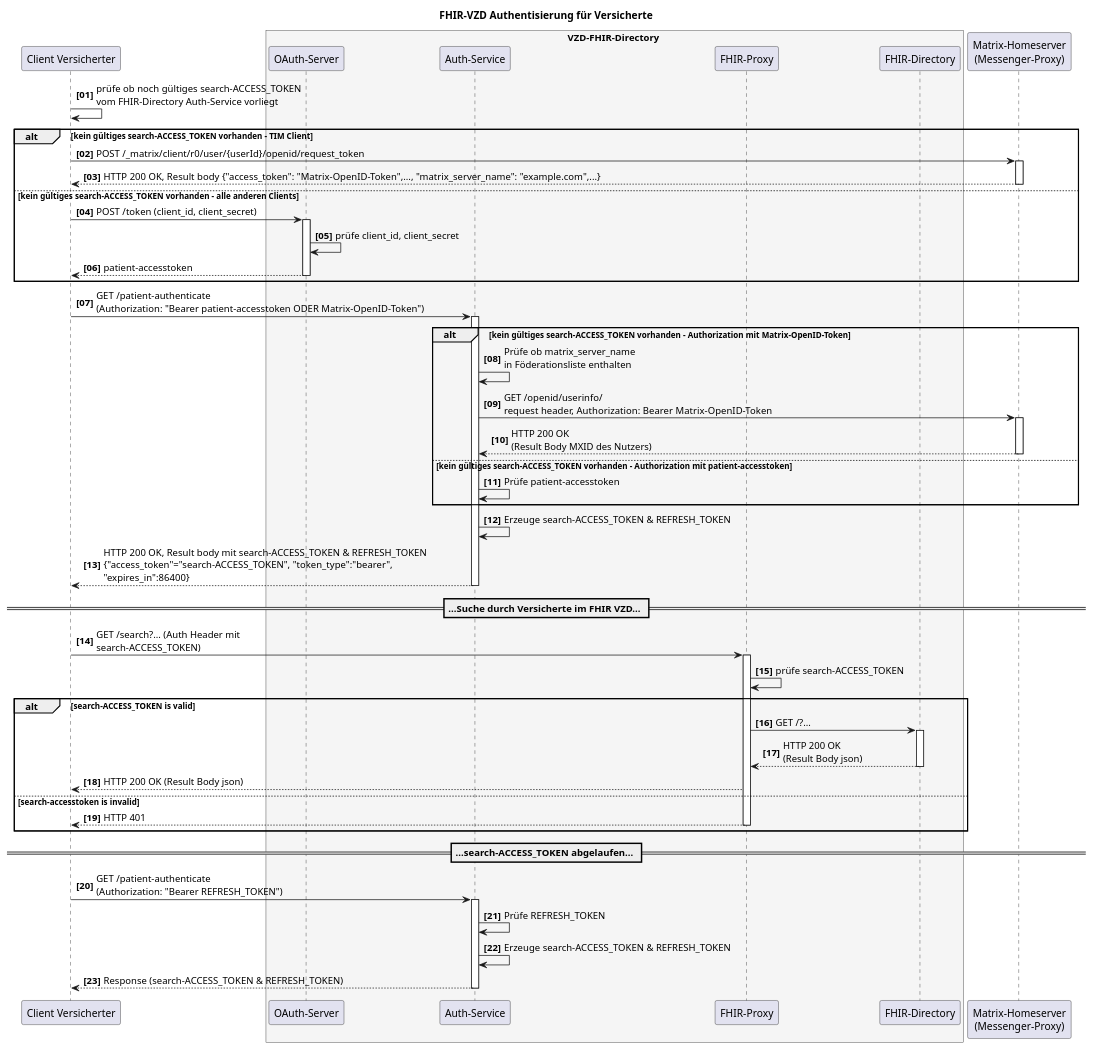
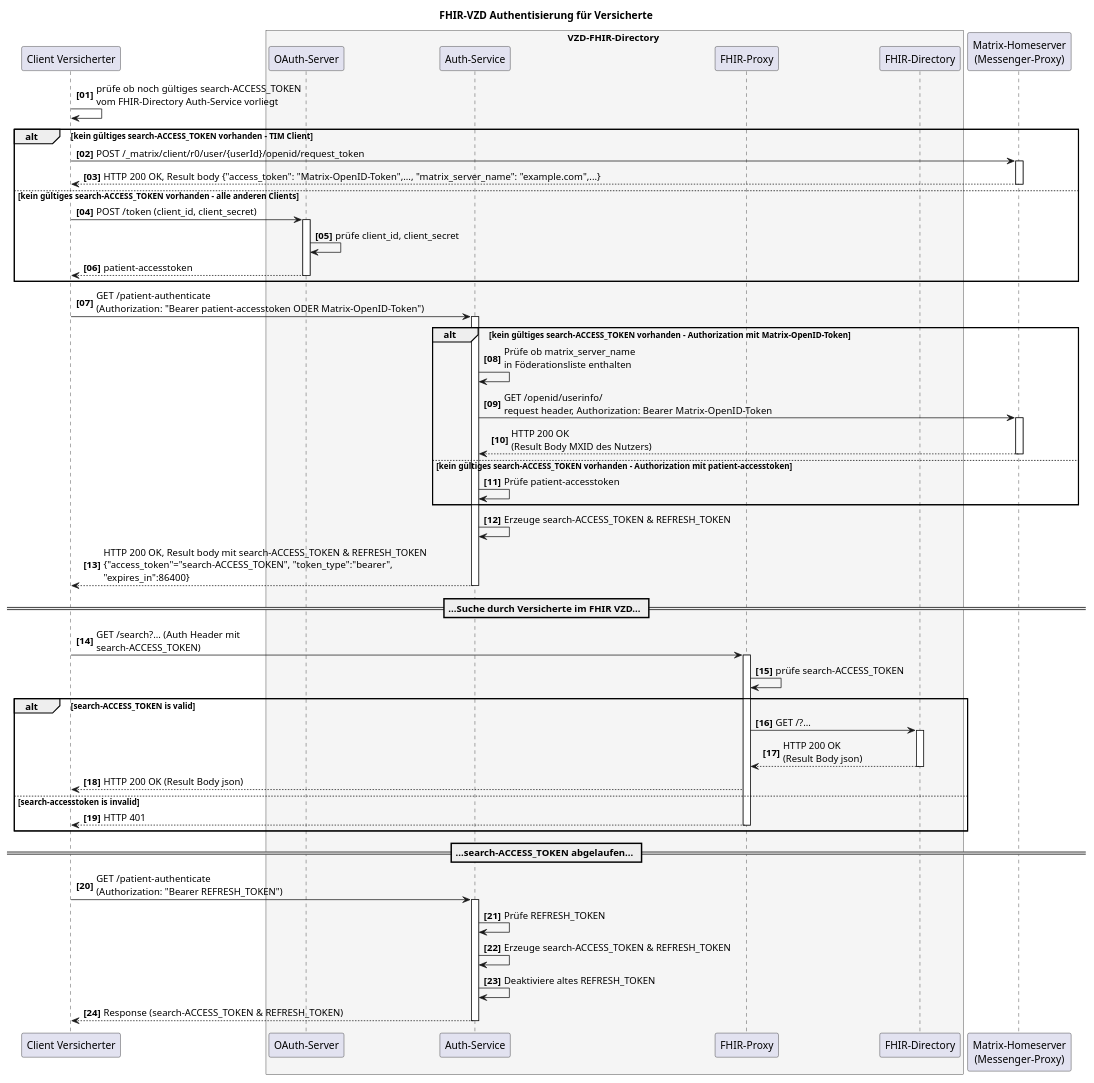
Before and after one commit to gematik/api-vzd: the diagram in src/plantuml/SequenceDiagram.FHIR-Directory.fdv.search.puml, drawn with PlantUML.

```diff
--- a/src/plantuml/SequenceDiagram.FHIR-Directory.fdv.search.puml
+++ b/src/plantuml/SequenceDiagram.FHIR-Directory.fdv.search.puml
@@ -1,76 +1,77 @@
 @startuml
 autonumber 1 1 "<b>[00]"
 title "FHIR-VZD Authentisierung für Versicherte"
 
 participant VClient as "Client Versicherter"
 
 box VZD-FHIR-Directory #WhiteSmoke
     participant "OAuth-Server" as VzdOAuth
     participant "Auth-Service" as VzdAuth
     participant fp as "FHIR-Proxy"
     participant fd as "FHIR-Directory"
 end box
 
 participant hs as "Matrix-Homeserver\n(Messenger-Proxy)"
 
 VClient-> VClient: prüfe ob noch gültiges search-ACCESS_TOKEN\nvom FHIR-Directory Auth-Service vorliegt
 
 alt kein gültiges search-ACCESS_TOKEN vorhanden - TIM Client
 VClient-> hs: POST /_matrix/client/r0/user/{userId}/openid/request_token
 activate hs
 hs --> VClient: HTTP 200 OK, Result body {"access_token": "Matrix-OpenID-Token",..., "matrix_server_name": "example.com",...}
 deactivate hs
  else kein gültiges search-ACCESS_TOKEN vorhanden - alle anderen Clients
 VClient->VzdOAuth++: POST /token (client_id, client_secret)
 VzdOAuth->VzdOAuth: prüfe client_id, client_secret
 VzdOAuth-->VClient: patient-accesstoken
 deactivate VzdOAuth
 end
 
 VClient->VzdAuth++: GET /patient-authenticate \n(Authorization: "Bearer patient-accesstoken ODER Matrix-OpenID-Token")
 
 alt kein gültiges search-ACCESS_TOKEN vorhanden - Authorization mit Matrix-OpenID-Token
 
 VzdAuth-> VzdAuth: Prüfe ob matrix_server_name\nin Föderationsliste enthalten
 VzdAuth-> hs: GET /openid/userinfo/\nrequest header, Authorization: Bearer Matrix-OpenID-Token
 activate hs
 hs --> VzdAuth: HTTP 200 OK\n(Result Body MXID des Nutzers)
 deactivate hs
 
  else kein gültiges search-ACCESS_TOKEN vorhanden - Authorization mit patient-accesstoken
 
 VzdAuth->VzdAuth: Prüfe patient-accesstoken
 end
 
 VzdAuth->VzdAuth: Erzeuge search-ACCESS_TOKEN & REFRESH_TOKEN
 VzdAuth--> VClient: HTTP 200 OK, Result body mit search-ACCESS_TOKEN & REFRESH_TOKEN\n{"access_token"="search-ACCESS_TOKEN", "token_type":"bearer",\n"expires_in":86400}
 deactivate VzdAuth
 
 == ...Suche durch Versicherte im FHIR VZD... ==
 
 VClient -> fp: GET /search?... (Auth Header mit\nsearch-ACCESS_TOKEN)
 activate fp
 fp -> fp: prüfe search-ACCESS_TOKEN
 
 alt search-ACCESS_TOKEN is valid
 fp -> fd: GET /?...
 activate fd
 fd --> fp: HTTP 200 OK\n(Result Body json)
 deactivate fd
 fp --> VClient : HTTP 200 OK (Result Body json)
 else search-accesstoken is invalid
 fp --> VClient : HTTP 401
 deactivate fp
 end
 
 == ...search-ACCESS_TOKEN abgelaufen... ==
 
 VClient->VzdAuth++: GET /patient-authenticate \n(Authorization: "Bearer REFRESH_TOKEN")
 VzdAuth->VzdAuth: Prüfe REFRESH_TOKEN
 VzdAuth->VzdAuth: Erzeuge search-ACCESS_TOKEN & REFRESH_TOKEN
+VzdAuth->VzdAuth: Deaktiviere altes REFRESH_TOKEN
 
 VzdAuth-->VClient: Response (search-ACCESS_TOKEN & REFRESH_TOKEN)
 deactivate VzdAuth
 deactivate VzdAuth
 
 @enduml
```
